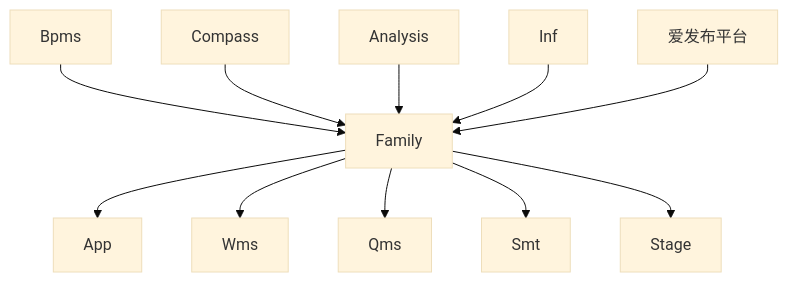
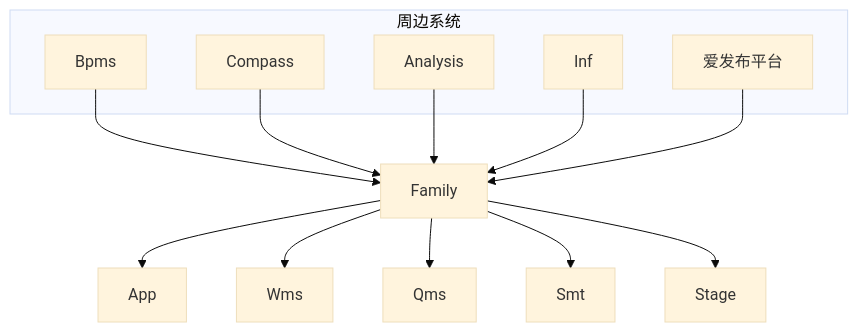
The third of 6 diagrams in slidev/slides.md (JKevin-5/VuePracticeMirror), drawn with Mermaid (base theme) before and after one commit. The commit also changed other lines of this file and 4 other files, not shown here.

````diff
--- a/slidev/slides.md
+++ b/slidev/slides.md
@@ -395,13 +469,20 @@
 ```mermaid
 graph TD;
+    subgraph 周边系统
+    Bpms
+    Compass
+    Analysis
+    Inf
+    爱发布平台
+    end
     Bpms-->Family;
     Compass-->Family;
     Analysis-->Family;
     Inf-->Family;
     爱发布平台-->Family;
     Family-->App;
     Family-->Wms;
     Family-->Qms;
     Family-->Smt;
     Family-->Stage
 ```
````
